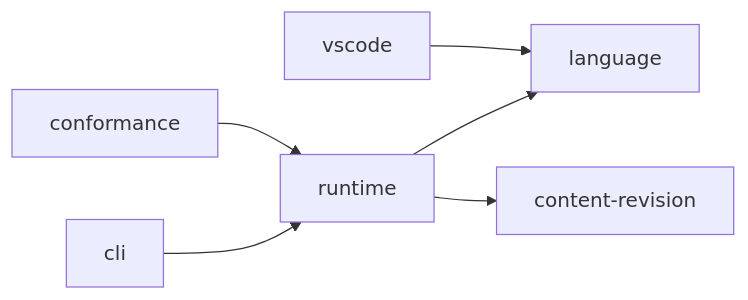
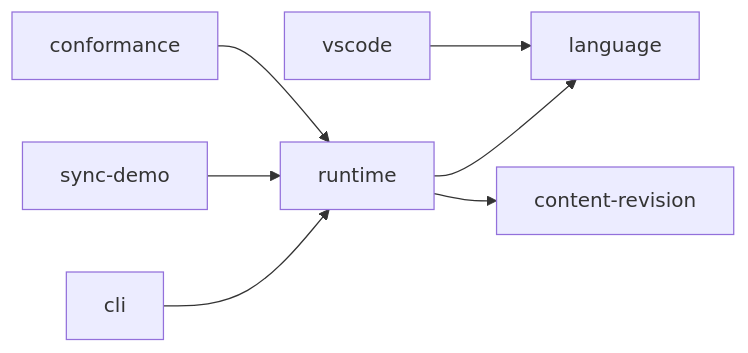
The second of 2 diagrams in AGENTS.md (typedblite/typedblite), drawn with Mermaid before and after one commit. The commit also changed other lines of this file and 12 other files, not shown here.

First line of the commit message:
docs(sync-demo): Phase 08 — the README and the docs

````diff
--- a/AGENTS.md
+++ b/AGENTS.md
@@ -25,8 +25,9 @@
 ```mermaid
 flowchart LR
   cli --> runtime
+  sync-demo --> runtime
   conformance --> runtime
   runtime --> language
   runtime --> content-revision
   vscode --> language
 ```
````
